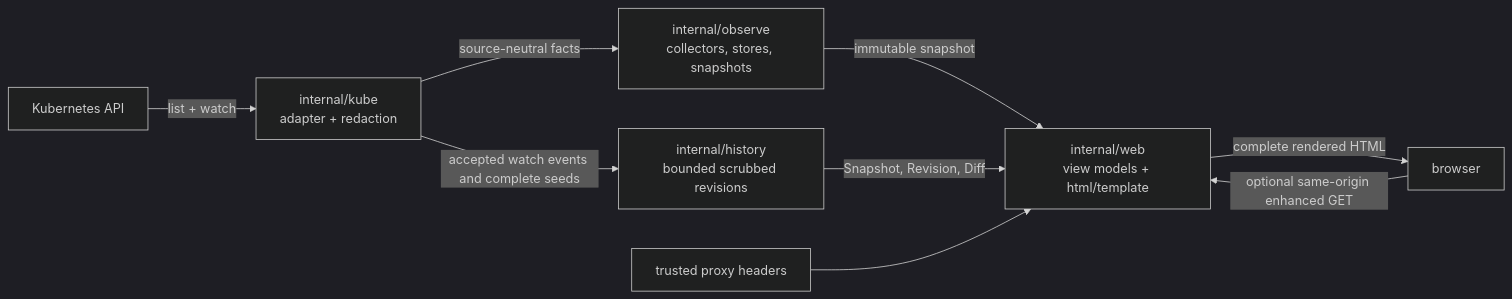
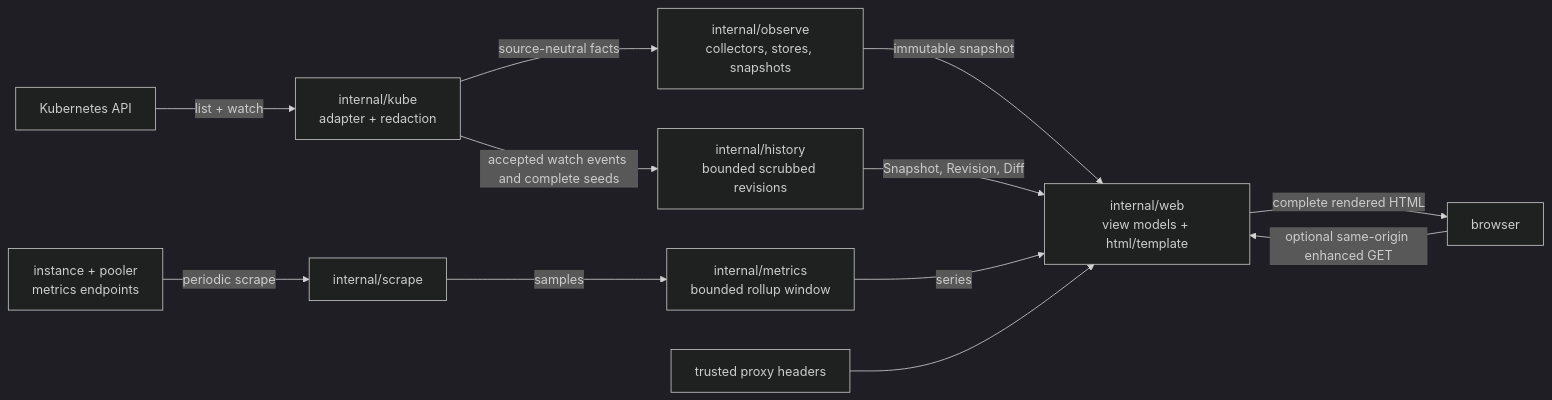
Before and after one commit to fyannk/pgConsole: the diagram in web/docs/architecture/index.md, drawn with Mermaid (dark theme). The commit also changed other lines of this file and 16 other files, not shown here.

````diff
--- a/web/docs/architecture/index.md
+++ b/web/docs/architecture/index.md
@@ -17,11 +17,14 @@
 ```mermaid
 flowchart LR
   A[Kubernetes API] -->|list + watch| K[internal/kube<br/>adapter + redaction]
   K -->|source-neutral facts| O[internal/observe<br/>collectors, stores, snapshots]
   K -->|accepted watch events and complete seeds| H[internal/history<br/>bounded scrubbed revisions]
   O -->|immutable snapshot| W[internal/web<br/>view models + html/template]
   H -->|Snapshot, Revision, Diff| W
+  E[instance + pooler<br/>metrics endpoints] -->|periodic scrape| S[internal/scrape]
+  S -->|samples| M[internal/metrics<br/>bounded rollup window]
+  M -->|series| W
   P[trusted proxy headers] --> W
   W -->|complete rendered HTML| U[browser]
   U -->|optional same-origin enhanced GET| W
 ```
````
